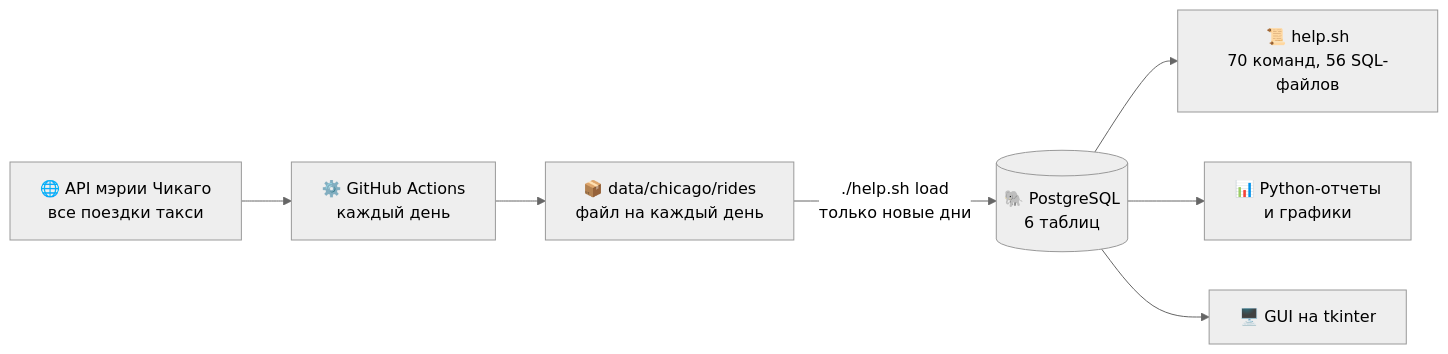
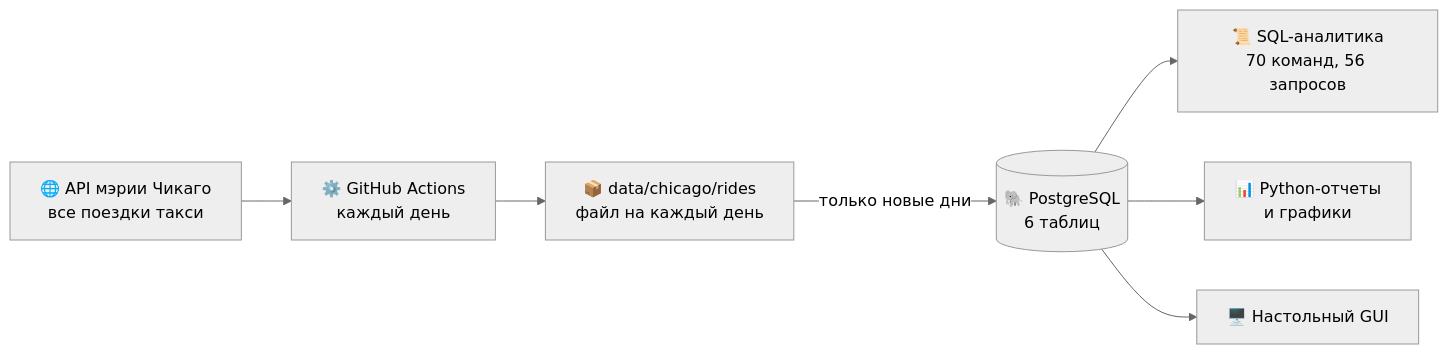
Before and after one commit to DarkSwordman999/TAXI-db: the diagram in README.md, drawn with Mermaid (neutral theme). The commit also changed other lines of this file, not shown here.

````diff
--- a/README.md
+++ b/README.md
@@ -59,15 +133,15 @@
 ```mermaid
 flowchart LR
     API["🌐 API мэрии Чикаго<br/>все поездки такси"]
     GH["⚙️ GitHub Actions<br/>каждый день"]
     CSV["📦 data/chicago/rides<br/>файл на каждый день"]
     DB[("🐘 PostgreSQL<br/>6 таблиц")]
-    SQL["📜 help.sh<br/>70 команд, 56 SQL-файлов"]
+    SQL["📜 SQL-аналитика<br/>70 команд, 56 запросов"]
     PY["📊 Python-отчеты<br/>и графики"]
-    GUI["🖥️ GUI на tkinter"]
+    GUI["🖥️ Настольный GUI"]
 
-    API --> GH --> CSV -->|"./help.sh load<br/>только новые дни"| DB
+    API --> GH --> CSV -->|"только новые дни"| DB
     DB --> SQL
     DB --> PY
     DB --> GUI
 ```
````
